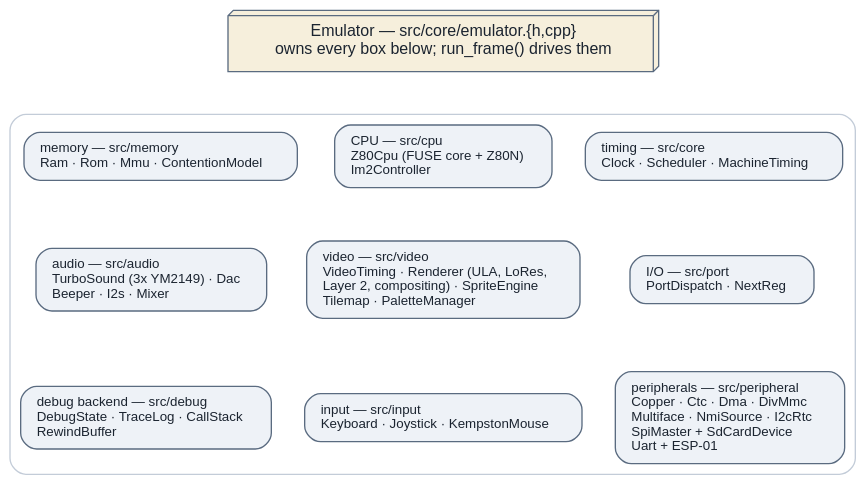
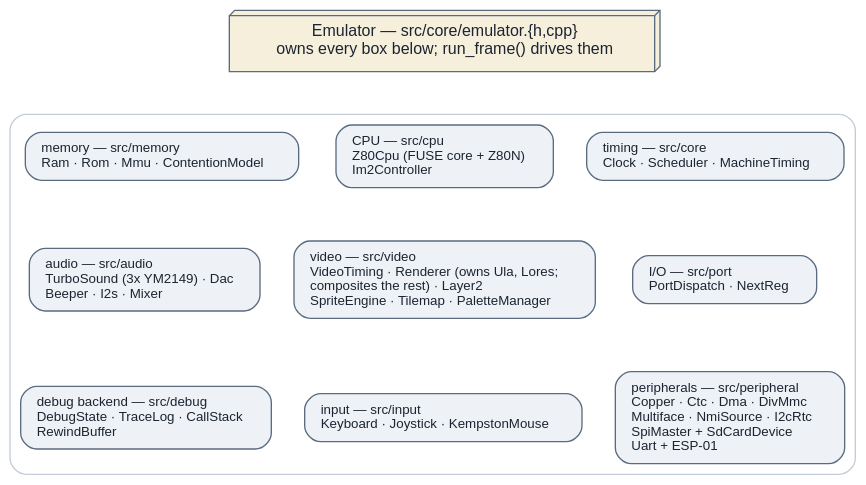
The diagram in src/doc/developer-guide/diagrams/core-subsystems.dot (jorgegv/jnext), drawn with Graphviz before and after one commit. The commit also changed 12 other files, not shown here.

First line of the commit message:
doc(devguide): review fixes — CI chapter, ownership in the core figure, two counts

```diff
--- a/src/doc/developer-guide/diagrams/core-subsystems.dot
+++ b/src/doc/developer-guide/diagrams/core-subsystems.dot
@@ -1,61 +1,66 @@
 // What the Emulator owns, grouped by the directory the class lives in.
 //
 // Rendered by `make docs-devguide-diagrams` into ../img/core-subsystems.svg,
 // which is COMMITTED. Edit this file, never the SVG.
 //
 // This is an OWNERSHIP map, not a call graph: every name below is a member of
 // Emulator (src/core/emulator.h), constructed and destroyed with it. It is
 // deliberately not exhaustive — the media loaders, the recorders and the
 // profiler are members too, and they live in chapters 3.8 and 3.9. Listing
 // every one of them turns a map into a wall.
 //
 // One node per GROUP rather than one node per class, and the members are in
 // the label: a cluster per group laid out either as a 340 x 2867 px column
 // (rankdir=LR) or a 4127 x 212 px strip (rankdir=TB), and neither is a figure
 // anyone can read inline.
 //
 // Palette note: light fills, dark labels, transparent canvas, so the figure
 // reads on both the light and the dark theme of the rendered guide.
 digraph core_subsystems {
     bgcolor="transparent";
     rankdir=TB;
     fontname="Helvetica";
     ranksep=0.55;
     nodesep=0.35;
     node [shape=box, style="filled,rounded", fontname="Helvetica", fontsize=10,
           fillcolor="#eef2f7", color="#5a6b80", fontcolor="#1b2430", margin="0.16,0.10"];
     edge [color="#9aa8b8", arrowhead=none];
 
     emu [label="Emulator — src/core/emulator.{h,cpp}\nowns every box below; run_frame() drives them",
          shape=box3d, style="filled", fillcolor="#f6efdc", fontsize=12, margin="0.25,0.14"];
 
     // One box round all nine, rather than nine edges from Emulator: drawing
     // the edges to row 1 only made it look as though row 1 were owned and the
     // other six were not.
     subgraph cluster_owned {
         label=""; color="#c3ccd8"; style="rounded";
 
     time  [label="timing — src/core\lClock · Scheduler · MachineTiming\l"];
     cpu   [label="CPU — src/cpu\lZ80Cpu (FUSE core + Z80N)\lIm2Controller\l"];
     mem   [label="memory — src/memory\lRam · Rom · Mmu · ContentionModel\l"];
     io    [label="I/O — src/port\lPortDispatch · NextReg\l"];
-    video [label="video — src/video\lVideoTiming · Renderer (ULA, LoRes,\lLayer 2, compositing) · SpriteEngine\lTilemap · PaletteManager\l"];
+    // Renderer owns Ula and Lores as members (renderer.h:517-518) and takes
+    // Layer2, SpriteEngine, Tilemap and PaletteManager as PARAMETERS — they
+    // are Emulator's own members, siblings of renderer_. In an ownership map
+    // that distinction is the whole point, so keep Layer 2 out of the
+    // parenthetical.
+    video [label="video — src/video\lVideoTiming · Renderer (owns Ula, Lores;\lcomposites the rest) · Layer2\lSpriteEngine · Tilemap · PaletteManager\l"];
     audio [label="audio — src/audio\lTurboSound (3x YM2149) · Dac\lBeeper · I2s · Mixer\l"];
     per   [label="peripherals — src/peripheral\lCopper · Ctc · Dma · DivMmc\lMultiface · NmiSource · I2cRtc\lSpiMaster + SdCardDevice\lUart + ESP-01\l"];
     input [label="input — src/input\lKeyboard · Joystick · KempstonMouse\l"];
     debug [label="debug backend — src/debug\lDebugState · TraceLog · CallStack\lRewindBuffer\l"];
 
         // Three rows of three. The rank sets must live INSIDE the cluster: a
         // rank set declared outside it claims the nodes and graphviz then
         // empties the cluster ("already in a rankset, deleted from cluster").
         {rank=same; time; cpu; mem;}
         {rank=same; io; video; audio;}
         {rank=same; per; input; debug;}
     }
 
     // The invisible edges are what forces the grid; without them graphviz puts
     // all nine on one rank.
     emu -> {time cpu mem} [style=invis];
     time -> io [style=invis]; cpu -> video [style=invis]; mem -> audio [style=invis];
     io -> per [style=invis]; video -> input [style=invis]; audio -> debug [style=invis];
 }
```
